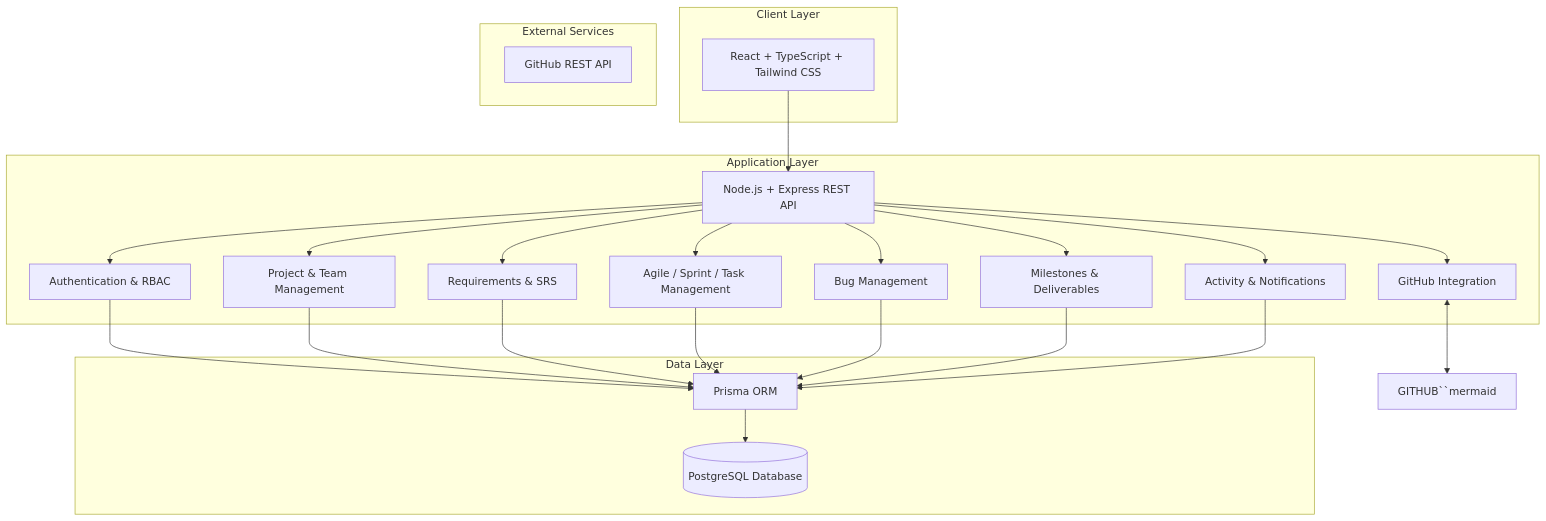
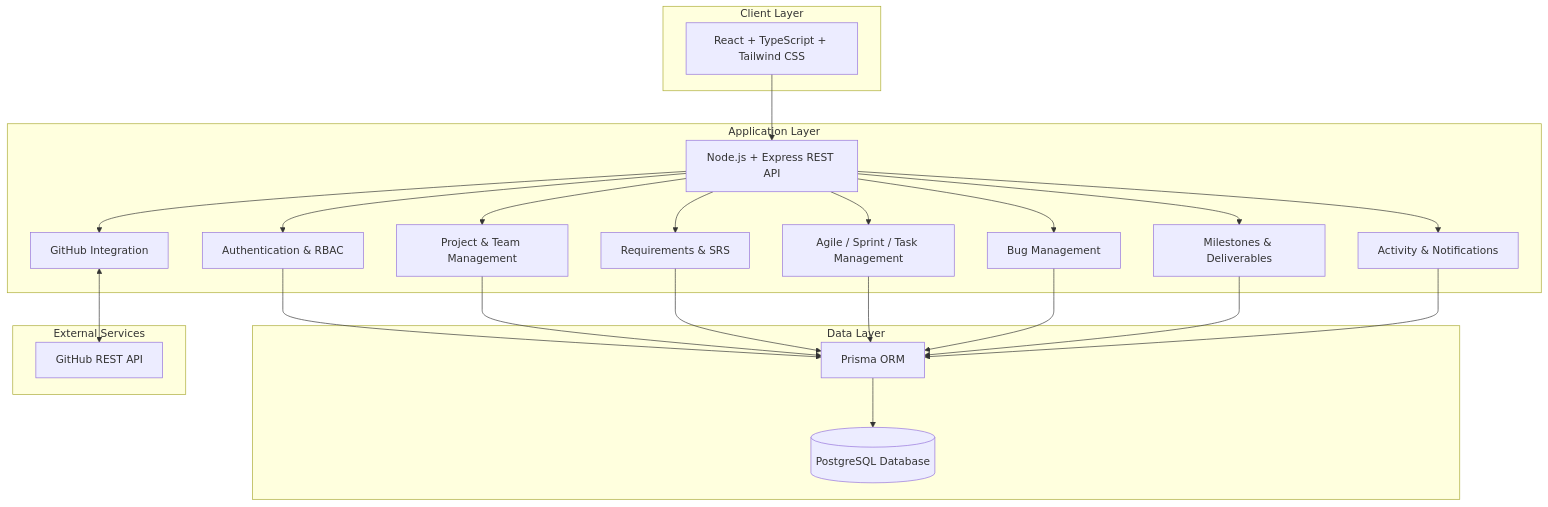
One commit to Harshgg1/capstone-hub changed the fifth of 6 diagrams in README.md. Above: the diagram before and after it, drawn with Mermaid. The commit also changed 1 other file, not shown here.

Commit message:
fix url diagrams

````diff
--- a/README.md
+++ b/README.md
@@ -336,51 +336,51 @@
 ```mermaid
 flowchart TB
     subgraph Client["Client Layer"]
         UI["React + TypeScript + Tailwind CSS"]
     end
 
     subgraph Backend["Application Layer"]
         API["Node.js + Express REST API"]
 
         AUTH["Authentication & RBAC"]
         PROJECT["Project & Team Management"]
         REQ["Requirements & SRS"]
         AGILE["Agile / Sprint / Task Management"]
         BUG["Bug Management"]
         DEL["Milestones & Deliverables"]
         NOTIF["Activity & Notifications"]
         GH["GitHub Integration"]
     end
 
     subgraph Data["Data Layer"]
         PRISMA["Prisma ORM"]
         DB[("PostgreSQL Database")]
     end
 
     subgraph External["External Services"]
         GITHUB["GitHub REST API"]
     end
 
     UI --> API
 
     API --> AUTH
     API --> PROJECT
     API --> REQ
     API --> AGILE
     API --> BUG
     API --> DEL
     API --> NOTIF
     API --> GH
 
     AUTH --> PRISMA
     PROJECT --> PRISMA
     REQ --> PRISMA
     AGILE --> PRISMA
     BUG --> PRISMA
     DEL --> PRISMA
     NOTIF --> PRISMA
 
     PRISMA --> DB
 
-    GH <--> GITHUB``mermaid
+    GH <--> GITHUB
 ```
````
